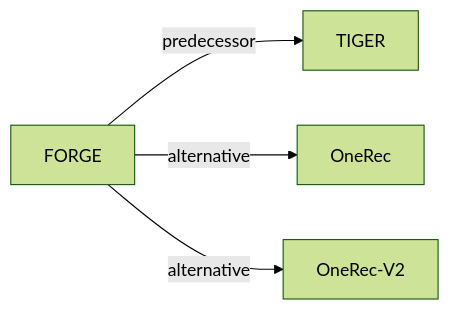
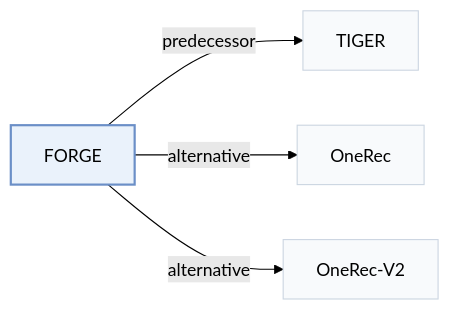
One commit to Galaxy-ghost/Awesome-SID-Generative-Rec changed the third of 3 diagrams in pages/papers/forge.md. Above: the diagram before and after it, drawn with Mermaid (forest theme). The commit also changed other lines of this file and 649 other files, not shown here.

Commit message:
writer-05: also tags and modality index (schema, check, build, visuals); summary field removed; calibration data for 12 papers

````diff
--- a/pages/papers/forge.md
+++ b/pages/papers/forge.md
@@ -130,7 +143,11 @@
 ```mermaid
 flowchart LR
     P["FORGE"]
-    P -->|predecessor| A["TIGER"]
-    P -->|alternative| B["OneRec"]
-    P -->|alternative| C["OneRec-V2"]
+    P -->|"predecessor"| A["TIGER"]
+    P -->|"alternative"| B["OneRec"]
+    P -->|"alternative"| C["OneRec-V2"]
+    classDef main fill:#eaf2fb,stroke:#6b8fc7,stroke-width:2px
+    classDef peer fill:#f8fafc,stroke:#cbd5e1
+    class P main
+    class A,B,C peer
 ```
````
